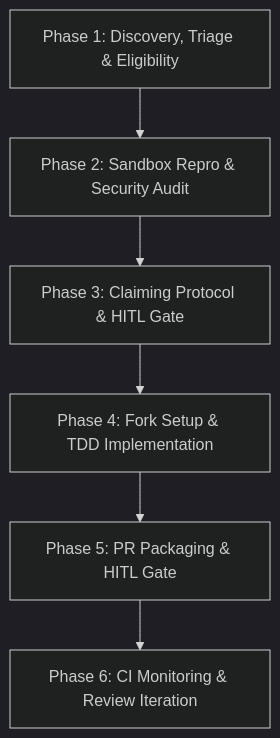
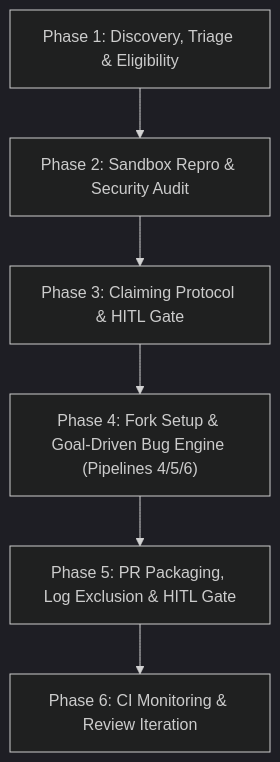
One commit to ntd237/draft_toolkits_20042026 changed the diagram in .agents/skills/github-bounty-hunter/SKILL.md. Above: the diagram before and after it, drawn with Mermaid (dark theme). The commit also changed other lines of this file and 3 other files, not shown here.

Commit message:
feat(bounty-hunter): integrate goal-driven bug resolution engine

````diff
--- a/.agents/skills/github-bounty-hunter/SKILL.md
+++ b/.agents/skills/github-bounty-hunter/SKILL.md
@@ -19,8 +19,8 @@
 ```mermaid
 flowchart TD
     P1["Phase 1: Discovery, Triage & Eligibility"] --> P2["Phase 2: Sandbox Repro & Security Audit"]
     P2 --> P3["Phase 3: Claiming Protocol & HITL Gate"]
-    P3 --> P4["Phase 4: Fork Setup & TDD Implementation"]
-    P4 --> P5["Phase 5: PR Packaging & HITL Gate"]
+    P3 --> P4["Phase 4: Fork Setup & Goal-Driven Bug Engine (Pipelines 4/5/6)"]
+    P4 --> P5["Phase 5: PR Packaging, Log Exclusion & HITL Gate"]
     P5 --> P6["Phase 6: CI Monitoring & Review Iteration"]
 ```
````
